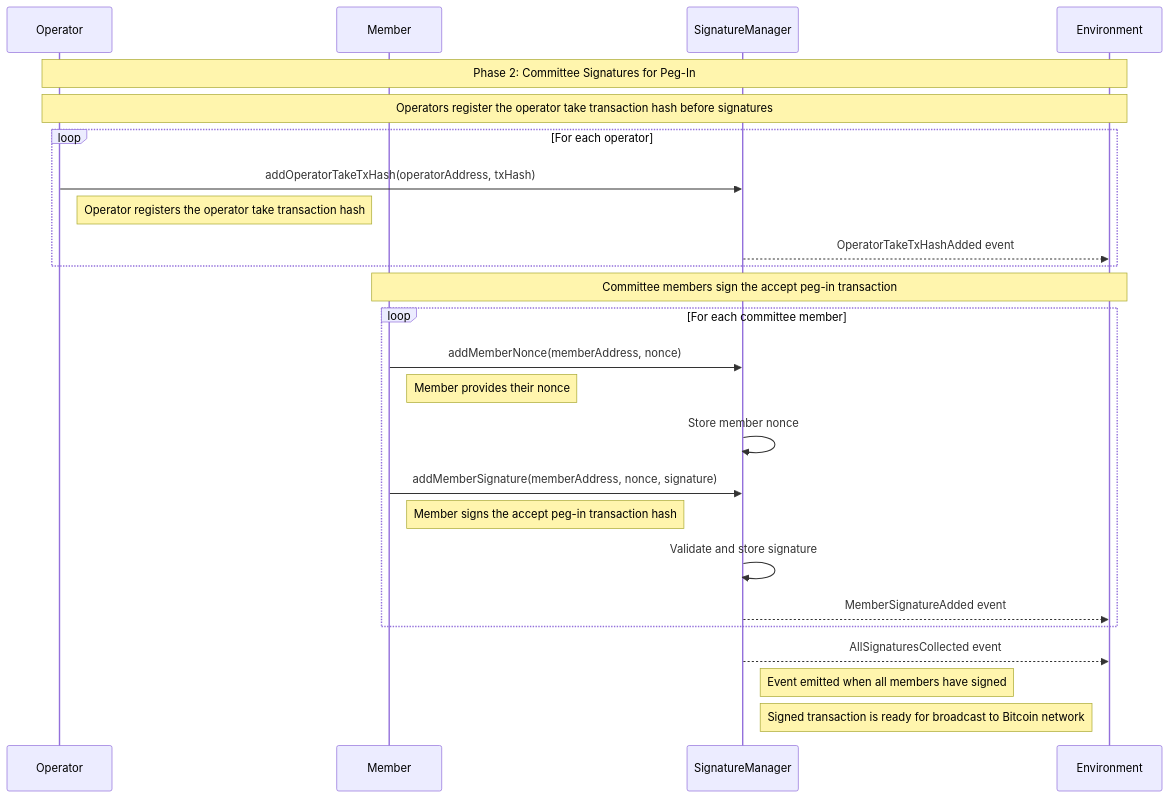
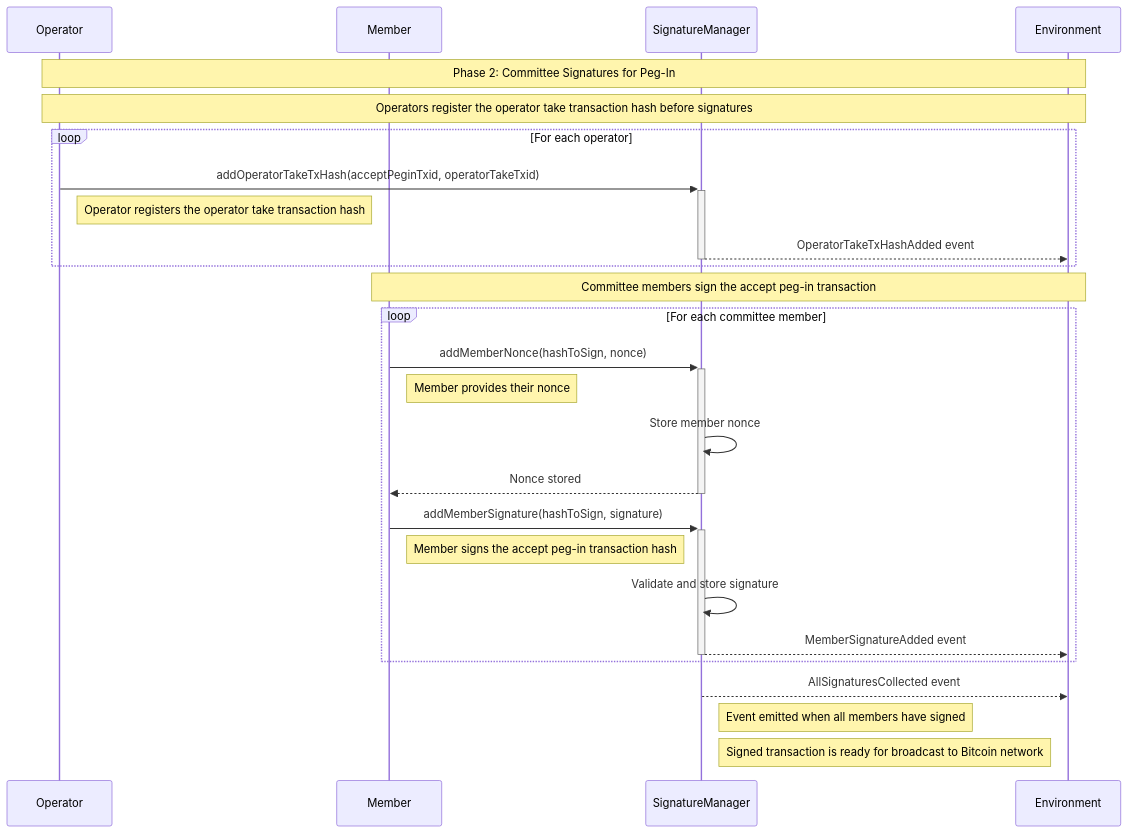
The sixth of 12 diagrams in docs/src/README.md (rsksmart/union-bridge-contracts), drawn with Mermaid before and after one commit. The commit also changed other lines of this file and 95 other files, not shown here.

````diff
--- a/docs/src/README.md
+++ b/docs/src/README.md
@@ -200,32 +482,33 @@
 ```mermaid
 sequenceDiagram
     participant O as Operator
     participant M as Member
     participant SM as SignatureManager
     participant ENV as Environment
 
     Note over O,ENV: Phase 2: Committee Signatures for Peg-In
     Note over O,ENV: Operators register the operator take transaction hash before signatures
 
     loop For each operator
-        O->>SM: addOperatorTakeTxHash(operatorAddress, txHash)
+        O->>+SM: addOperatorTakeTxHash(acceptPeginTxid, operatorTakeTxid)
         Note right of O: Operator registers the operator take transaction hash
-        SM-->>ENV: OperatorTakeTxHashAdded event
+        SM-->>-ENV: OperatorTakeTxHashAdded event
     end
 
     Note over M,ENV: Committee members sign the accept peg-in transaction
 
     loop For each committee member
-        M->>SM: addMemberNonce(memberAddress, nonce)
+        M->>+SM: addMemberNonce(hashToSign, nonce)
         Note right of M: Member provides their nonce
         SM->>SM: Store member nonce
-        M->>SM: addMemberSignature(memberAddress, nonce, signature)
+        SM-->>-M: Nonce stored
+        M->>+SM: addMemberSignature(hashToSign, signature)
         Note right of M: Member signs the accept peg-in transaction hash
         SM->>SM: Validate and store signature
-        SM-->>ENV: MemberSignatureAdded event
+        SM-->>-ENV: MemberSignatureAdded event
     end
 
     SM-->>ENV: AllSignaturesCollected event
     Note right of SM: Event emitted when all members have signed
     Note right of SM: Signed transaction is ready for broadcast to Bitcoin network
 ```
````
